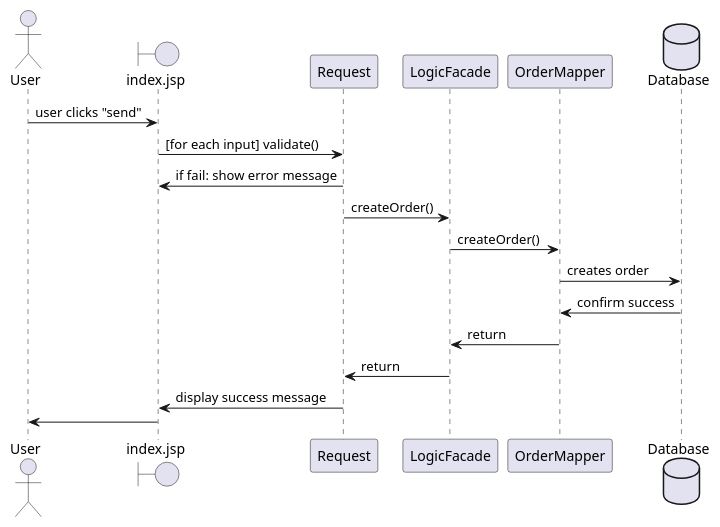
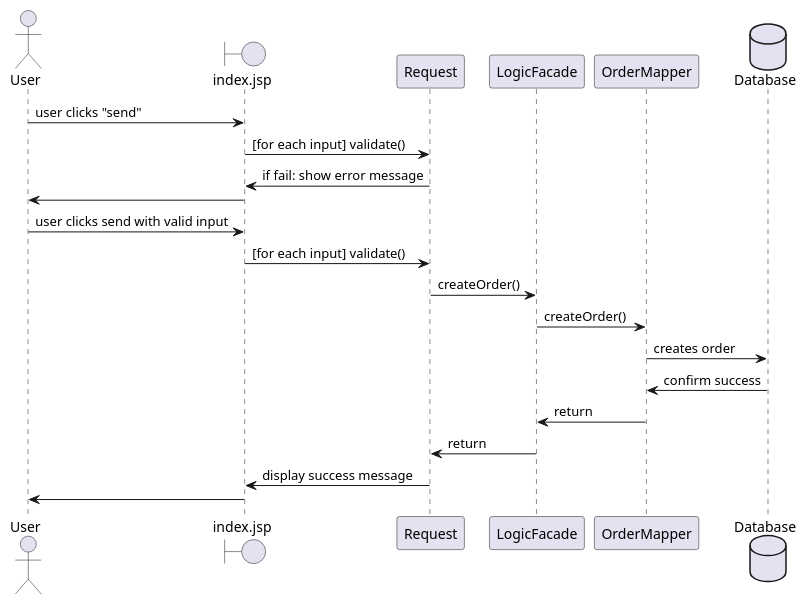
Before and after one commit to olvang/Fogbyggemarked: the diagram in other/diagrams/SequenceDiagramOrder.puml, drawn with PlantUML. The commit also changed 8 other files, not shown here.

Commit message:
creates diagram pngs and updates puml files

```diff
--- a/other/diagrams/SequenceDiagramOrder.puml
+++ b/other/diagrams/SequenceDiagramOrder.puml
@@ -1,22 +1,26 @@
 @startuml
 
 Actor User as user
 boundary "index.jsp" as request
 participant "Request" as req
 participant LogicFacade
 participant OrderMapper
 database "Database" as database
 
 user -> request : user clicks "send"
 request -> req : [for each input] validate()
 req -> request : if fail: show error message
+request -> user
+user -> request : user clicks send with valid input
+request -> req : [for each input] validate()
+
 req -> LogicFacade : createOrder()
 LogicFacade -> OrderMapper : createOrder()
 OrderMapper -> database : creates order
 database -> OrderMapper : confirm success
 OrderMapper -> LogicFacade : return
 LogicFacade -> req : return
 req -> request : display success message
 request -> user
 
 @enduml
```
